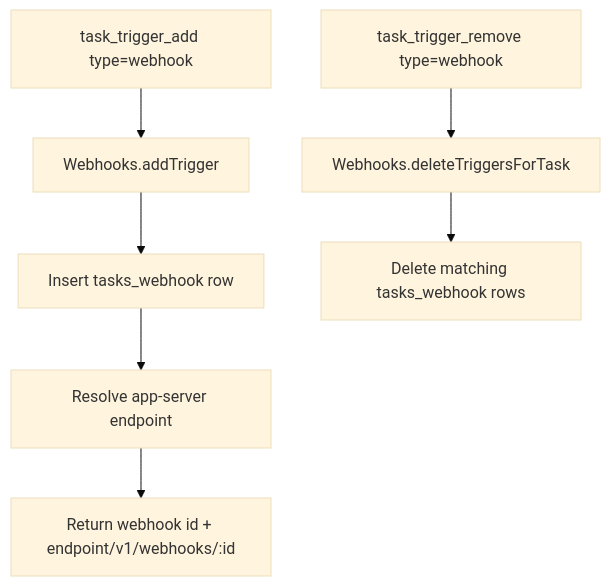
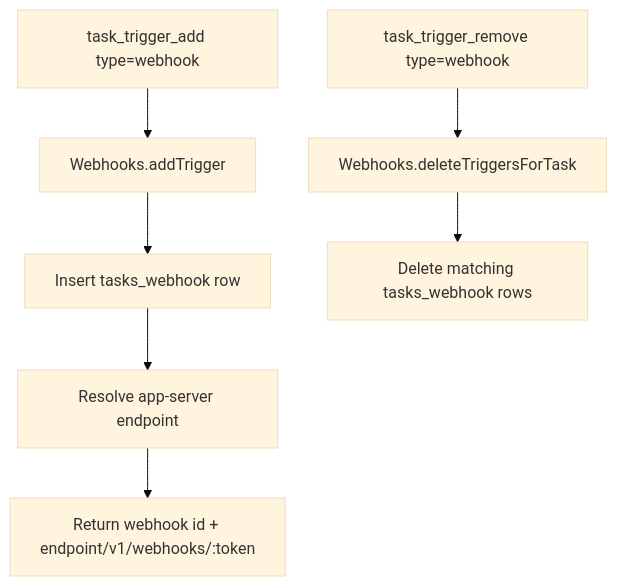
One commit to ex3ndr/daycare changed the third of 3 diagrams in doc/webhook-triggers.md. Above: the diagram before and after it, drawn with Mermaid (base theme). The commit also changed other lines of this file and 6 other files, not shown here.

Commit message:
feat(webhooks): sign webhook trigger urls with app secret

````diff
--- a/doc/webhook-triggers.md
+++ b/doc/webhook-triggers.md
@@ -55,10 +55,10 @@
 ```mermaid
 flowchart TD
     A[task_trigger_add type=webhook] --> B[Webhooks.addTrigger]
     B --> C[Insert tasks_webhook row]
     C --> D[Resolve app-server endpoint]
-    D --> E[Return webhook id + endpoint/v1/webhooks/:id]
+    D --> E[Return webhook id + endpoint/v1/webhooks/:token]
 
     F[task_trigger_remove type=webhook] --> G[Webhooks.deleteTriggersForTask]
     G --> H[Delete matching tasks_webhook rows]
 ```
````
